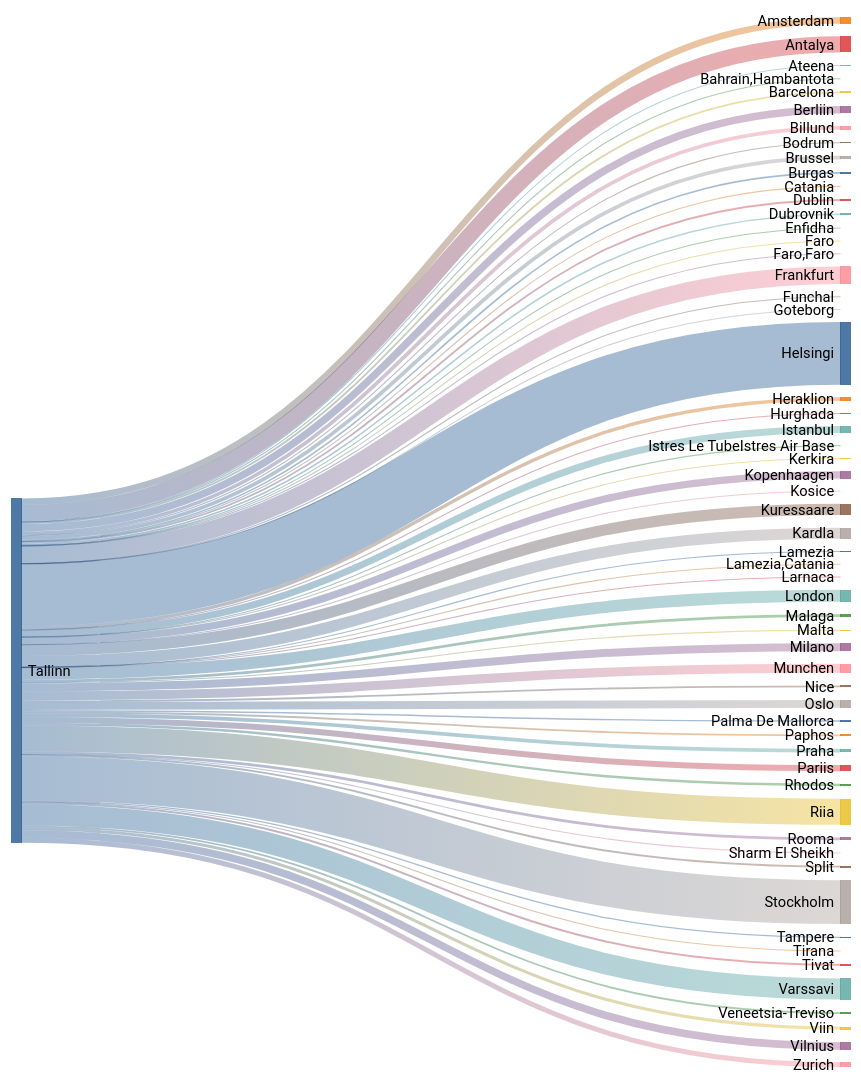
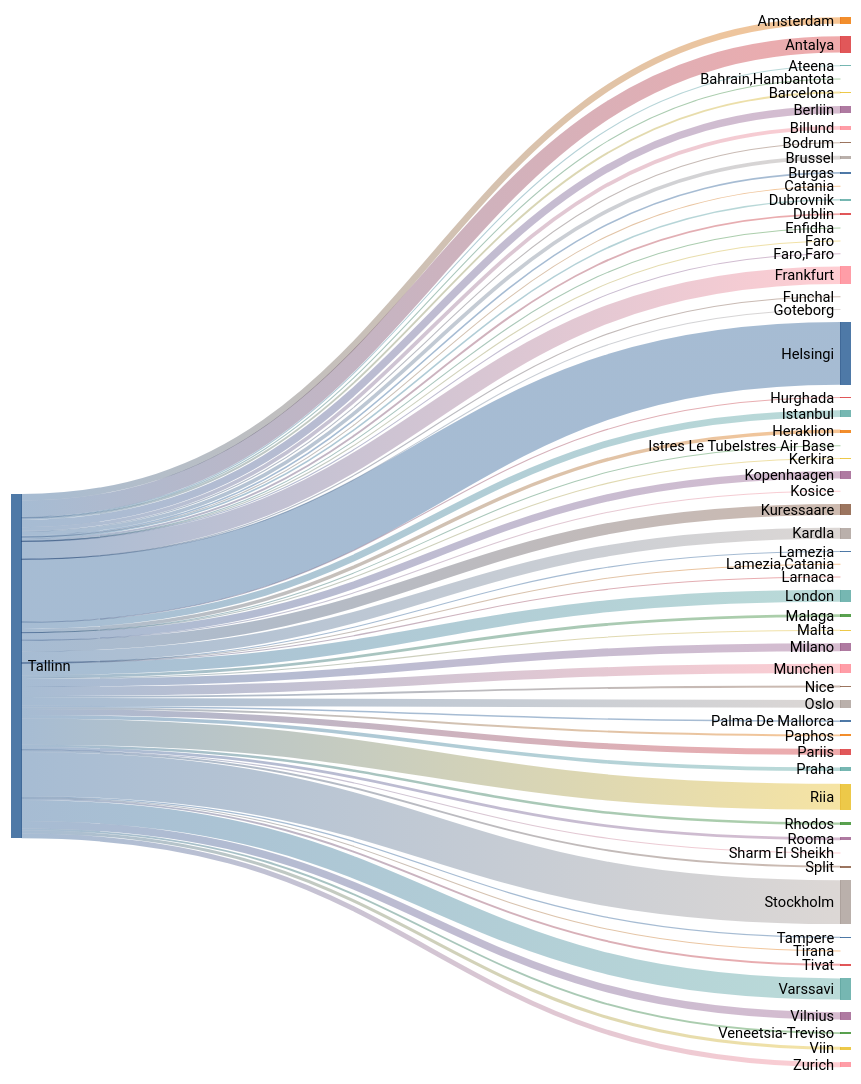
The second of 2 diagrams in README.md (rainermesi/tll-airport-departures), drawn with Mermaid (forest theme) before and after one commit. The commit also changed other lines of this file, not shown here.

````diff
--- a/README.md
+++ b/README.md
@@ -34,70 +34,70 @@
 ```mermaid
 ---
 config:
   sankey:
     showValues: false
     width: 800
     height: 1000
 ---
 sankey-beta
 %% source,target,value
-Tallinn,Amsterdam,85
-Tallinn,Antalya,211
+Tallinn,Amsterdam,86
+Tallinn,Antalya,215
 Tallinn,Ateena,14
 Tallinn,"Bahrain,Hambantota",1
 Tallinn,Barcelona,25
 Tallinn,Berliin,98
 Tallinn,Billund,49
 Tallinn,Bodrum,11
 Tallinn,Brussel,49
 Tallinn,Burgas,21
 Tallinn,Catania,2
-Tallinn,Dublin,24
+Tallinn,Dublin,25
 Tallinn,Dubrovnik,21
 Tallinn,Enfidha,7
 Tallinn,Faro,4
 Tallinn,"Faro,Faro",1
-Tallinn,Frankfurt,232
+Tallinn,Frankfurt,234
 Tallinn,Funchal,1
 Tallinn,Goteborg,1
-Tallinn,Helsingi,820
+Tallinn,Helsingi,829
 Tallinn,Heraklion,46
-Tallinn,Hurghada,2
+Tallinn,Hurghada,3
 Tallinn,Istanbul,90
 Tallinn,Istres Le TubeIstres Air Base,2
 Tallinn,Kerkira,4
-Tallinn,Kopenhaagen,96
+Tallinn,Kopenhaagen,97
 Tallinn,Kosice,1
-Tallinn,Kuressaare,147
-Tallinn,Kardla,147
+Tallinn,Kuressaare,148
+Tallinn,Kardla,148
 Tallinn,Lamezia,1
 Tallinn,"Lamezia,Catania",3
 Tallinn,Larnaca,3
-Tallinn,London,156
-Tallinn,Malaga,36
-Tallinn,Malta,12
+Tallinn,London,158
+Tallinn,Malaga,37
+Tallinn,Malta,13
 Tallinn,Milano,105
-Tallinn,Munchen,119
+Tallinn,Munchen,121
 Tallinn,Nice,24
-Tallinn,Oslo,103
+Tallinn,Oslo,104
 Tallinn,Palma De Mallorca,19
 Tallinn,Paphos,24
 Tallinn,Pariis,79
 Tallinn,Praha,48
 Tallinn,Rhodos,32
-Tallinn,Riia,341
+Tallinn,Riia,345
 Tallinn,Rooma,37
-Tallinn,Sharm El Sheikh,3
+Tallinn,Sharm El Sheikh,4
 Tallinn,Split,25
-Tallinn,Stockholm,576
+Tallinn,Stockholm,581
 Tallinn,Tampere,17
 Tallinn,Tirana,8
 Tallinn,Tivat,26
-Tallinn,Varssavi,277
-Tallinn,Veneetsia-Treviso,24
-Tallinn,Viin,40
+Tallinn,Varssavi,280
+Tallinn,Veneetsia-Treviso,25
+Tallinn,Viin,41
 Tallinn,Vilnius,98
 Tallinn,Zurich,65
 
 
 ```
````
